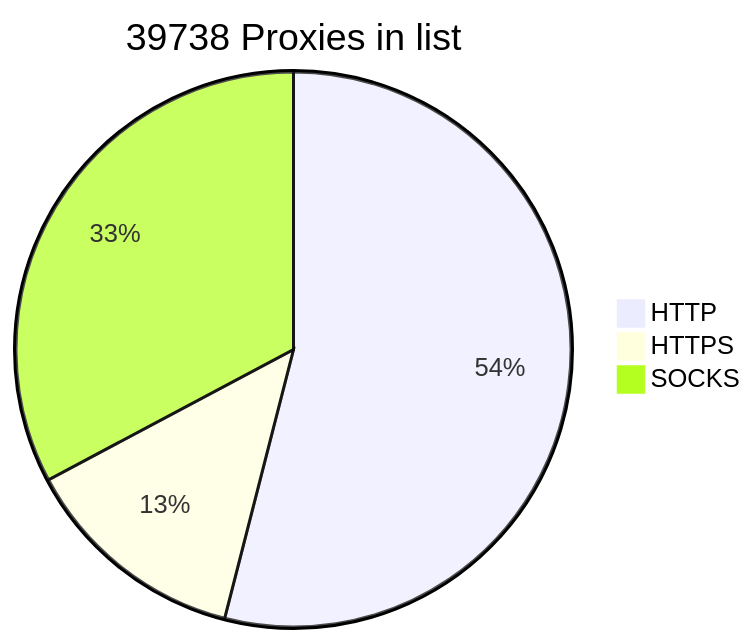
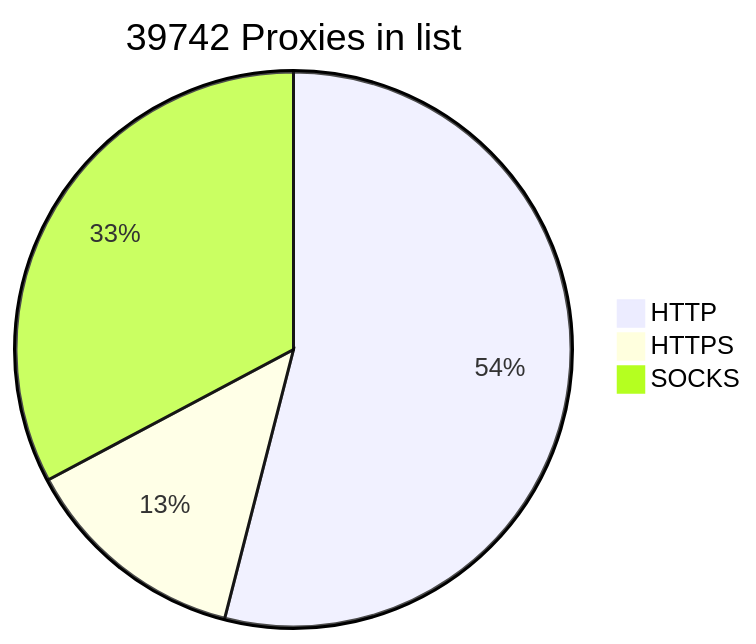
The diagram in README.md (BlackSnowDot/proxylist-update-every-minute), drawn with Mermaid before and after one commit.

````diff
--- a/README.md
+++ b/README.md
@@ -2,6 +2,6 @@
 ```mermaid
-pie title 39738 Proxies in list
-    "HTTP" : 23828
-    "HTTPS": 5838
+pie title 39742 Proxies in list
+    "HTTP" : 23831
+    "HTTPS": 5842
     "SOCKS" : 14467
 ```
````
